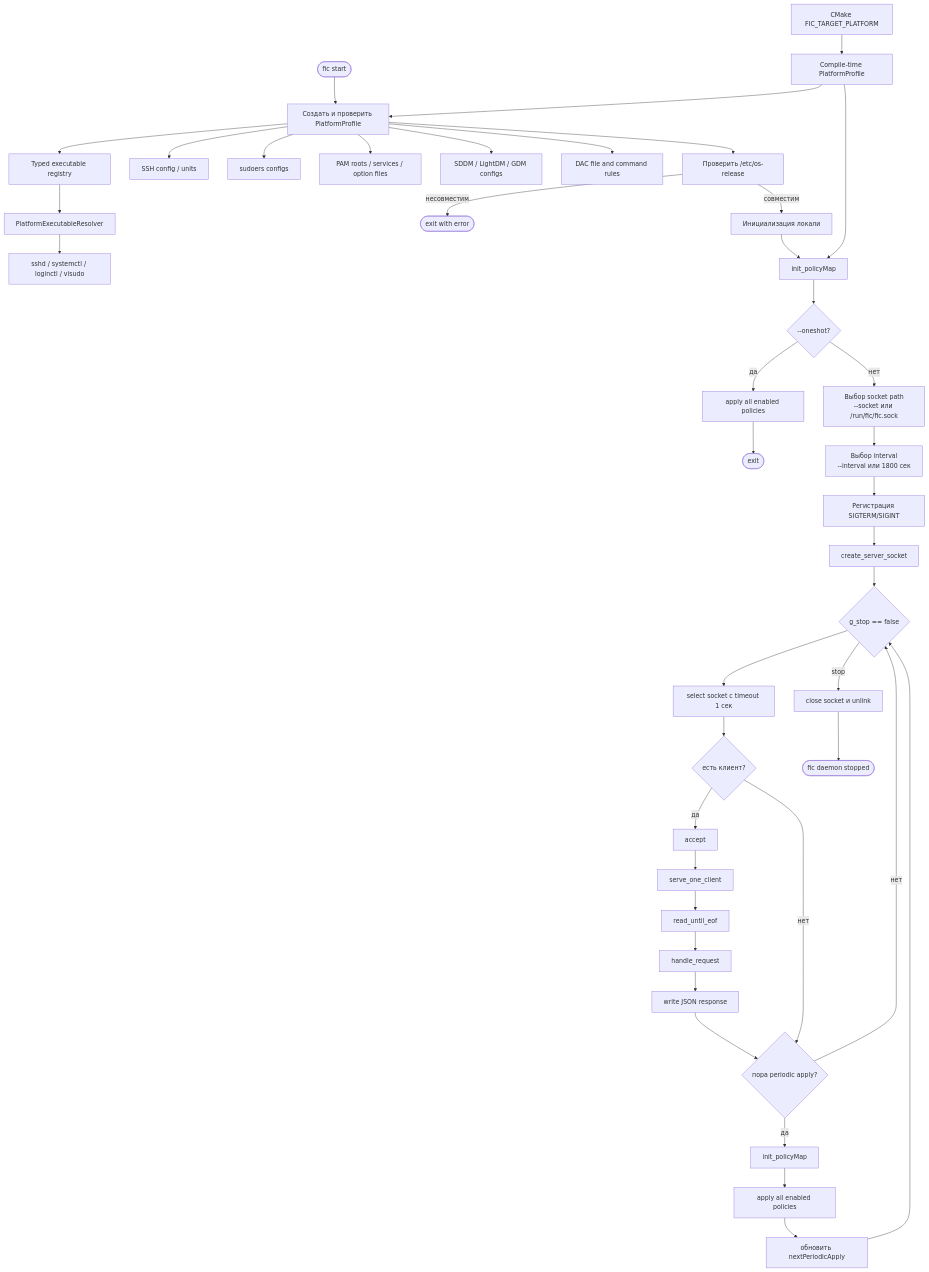
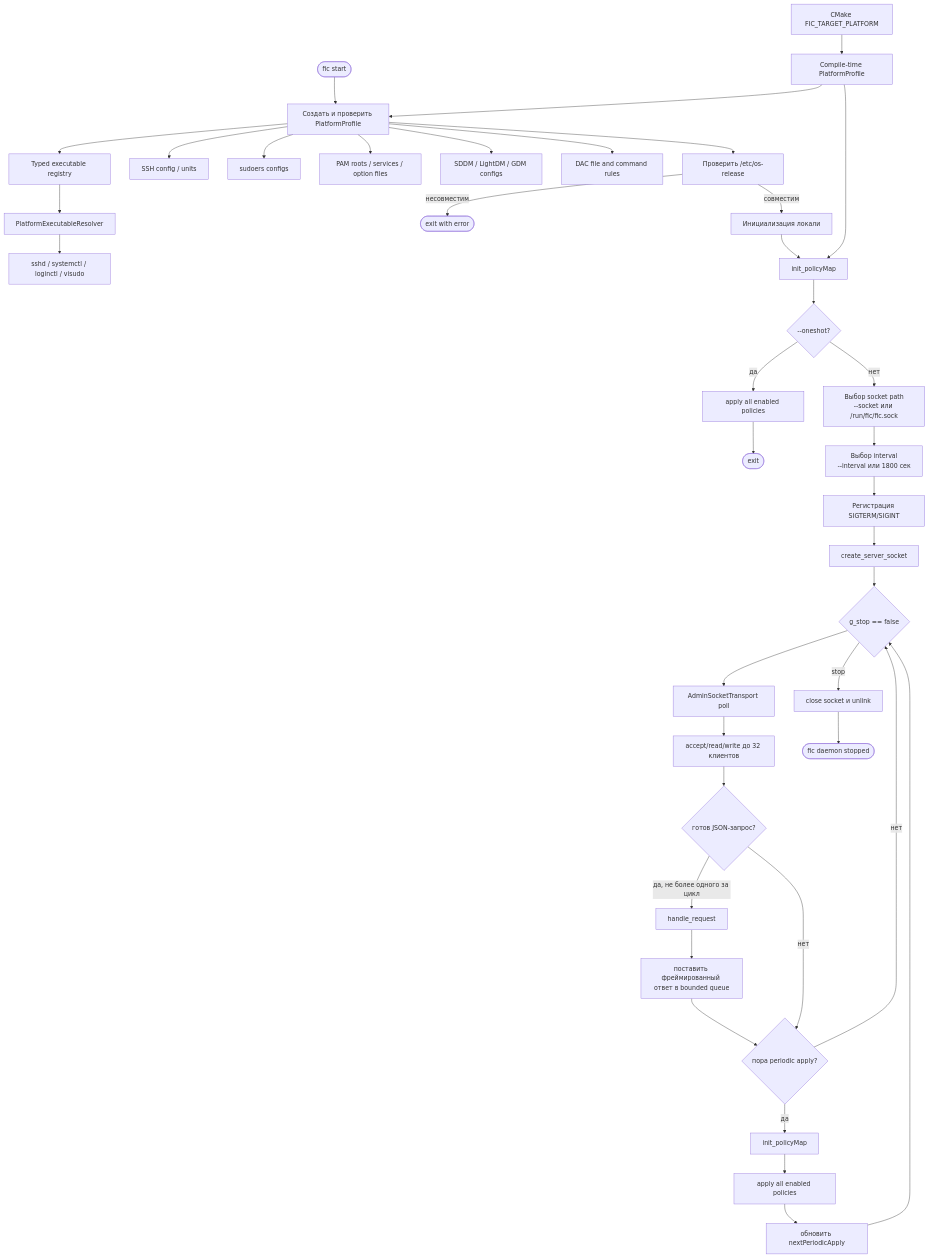
The third of 17 diagrams in docs/architecture-diagrams.md (RevoltStar/FIC), drawn with Mermaid before and after one commit. The commit also changed other lines of this file and 20 other files, not shown here.

````diff
--- a/docs/architecture-diagrams.md
+++ b/docs/architecture-diagrams.md
@@ -135,48 +135,46 @@
 ```mermaid
 flowchart TD
     build[CMake FIC_TARGET_PLATFORM] --> compiled[Compile-time PlatformProfile]
     start([fic start]) --> profile[Создать и проверить PlatformProfile]
     compiled --> profile
     profile --> executableRegistry[Typed executable registry]
     executableRegistry --> resolver[PlatformExecutableResolver]
     resolver --> tools[sshd / systemctl / loginctl / visudo]
     profile --> sshProfile[SSH config / units]
     profile --> sudoProfile[sudoers configs]
     profile --> pamProfile[PAM roots / services / option files]
     profile --> dmProfile[SDDM / LightDM / GDM configs]
     profile --> dacProfile[DAC file and command rules]
     profile --> osRelease[Проверить /etc/os-release]
     osRelease -->|несовместим| incompatible([exit with error])
     osRelease -->|совместим| locale[Инициализация локали]
     locale --> initMap[init_policyMap]
     compiled --> initMap
     initMap --> oneshot{--oneshot?}
 
     oneshot -->|да| applyOnce[apply all enabled policies]
     applyOnce --> exitOnce([exit])
 
     oneshot -->|нет| socketPath["Выбор socket path<br/>--socket или /run/fic/fic.sock"]
     socketPath --> interval["Выбор interval<br/>--interval или 1800 сек"]
     interval --> signals[Регистрация SIGTERM/SIGINT]
     signals --> createSocket[create_server_socket]
     createSocket --> mainLoop{g_stop == false}
 
-    mainLoop --> select[select socket с timeout 1 сек]
-    select --> clientReady{есть клиент?}
-    clientReady -->|да| accept[accept]
-    accept --> serve[serve_one_client]
-    serve --> readJson[read_until_eof]
-    readJson --> route[handle_request]
-    route --> writeJson[write JSON response]
-    writeJson --> periodic
+    mainLoop --> poll[AdminSocketTransport poll]
+    poll --> clients[accept/read/write до 32 клиентов]
+    clients --> ready{готов JSON-запрос?}
+    ready -->|да, не более одного за цикл| route[handle_request]
+    route --> queue[поставить фреймированный ответ в bounded queue]
+    queue --> periodic
 
-    clientReady -->|нет| periodic{пора periodic apply?}
+    ready -->|нет| periodic{пора periodic apply?}
     periodic -->|да| reload[init_policyMap]
     reload --> applyAll[apply all enabled policies]
     applyAll --> schedule[обновить nextPeriodicApply]
     schedule --> mainLoop
 
     periodic -->|нет| mainLoop
     mainLoop -->|stop| cleanup[close socket и unlink]
     cleanup --> stopped([fic daemon stopped])
 ```
````
